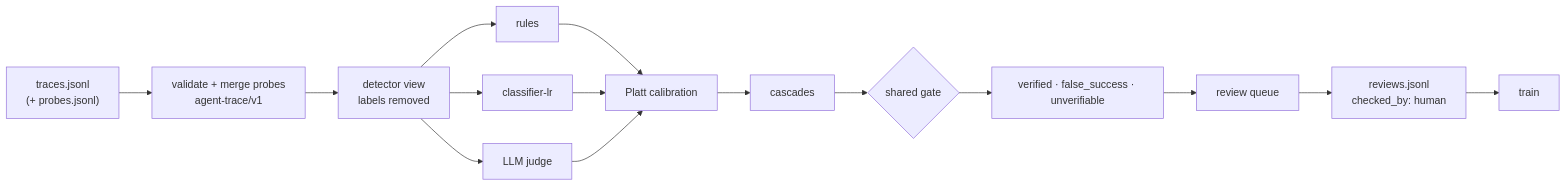
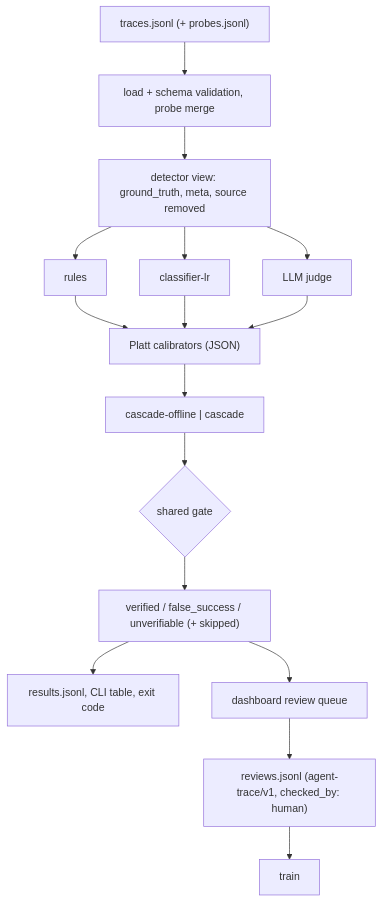
The diagram in README.md (B0yko/agent-claimcheck), drawn with Mermaid before and after one commit. The commit also changed other lines of this file and 2 other files, not shown here.

Commit message:
docs: draw the pipeline as a light and dark diagram, keeping the Mermaid source

````diff
--- a/README.md
+++ b/README.md
@@ -64,13 +72,14 @@
 ```mermaid
-flowchart LR
-    A["traces.jsonl<br/>(+ probes.jsonl)"] --> B["validate + merge probes<br/>agent-trace/v1"]
-    B --> C["detector view<br/>labels removed"]
-    C --> R["rules"]
-    C --> K["classifier-lr"]
-    C --> J["LLM judge"]
-    R & K & J --> P["Platt calibration"]
-    P --> E["cascades"]
+flowchart TD
+    A["traces.jsonl (+ probes.jsonl)"] --> B["load + schema validation, probe merge"]
+    B --> C["detector view: ground_truth, meta, source removed"]
+    C --> R["rules"] & K["classifier-lr"] & J["LLM judge"]
+    R & K & J --> P["Platt calibrators (JSON)"]
+    P --> E["cascade-offline | cascade"]
     E --> G{"shared gate"}
-    G --> V["verified · false_success · unverifiable"]
-    V --> Q["review queue"] --> H["reviews.jsonl<br/>checked_by: human"] --> T["train"]
+    G --> V["verified / false_success / unverifiable (+ skipped)"]
+    V --> O["results.jsonl, CLI table, exit code"]
+    V --> Q["dashboard review queue"]
+    Q --> H["reviews.jsonl (agent-trace/v1, checked_by: human)"]
+    H --> T["train"]
 ```
````
